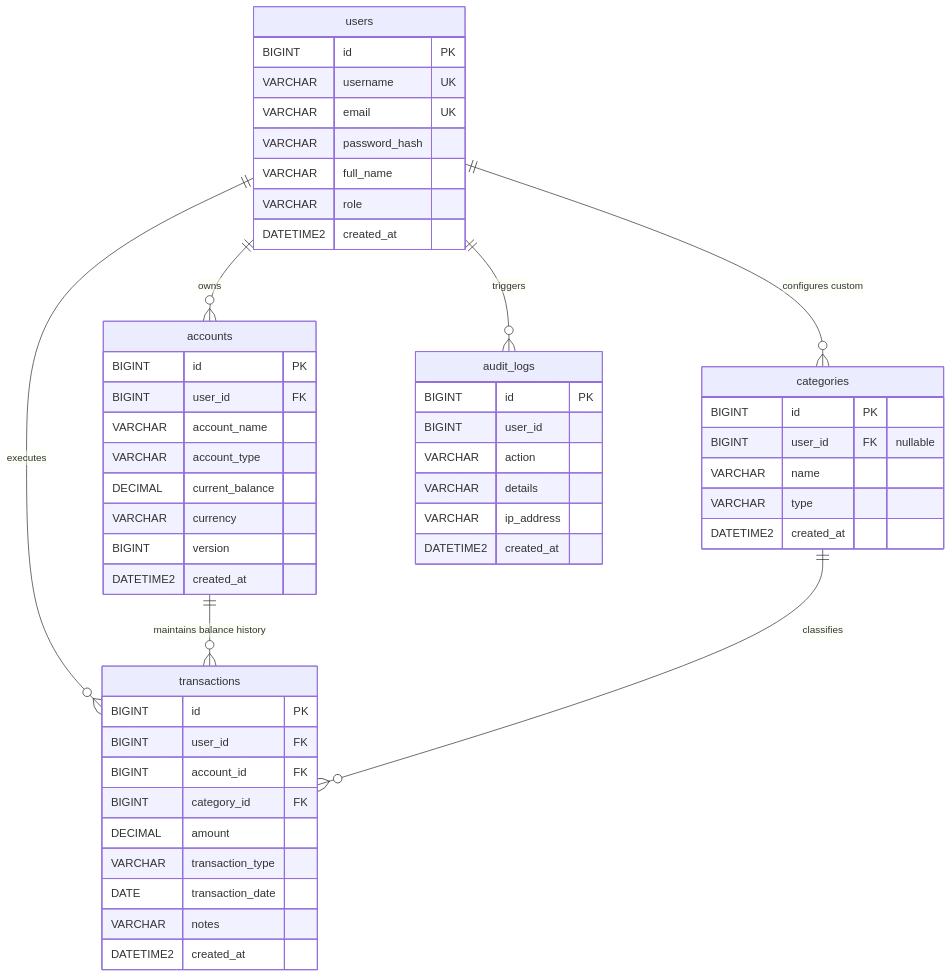
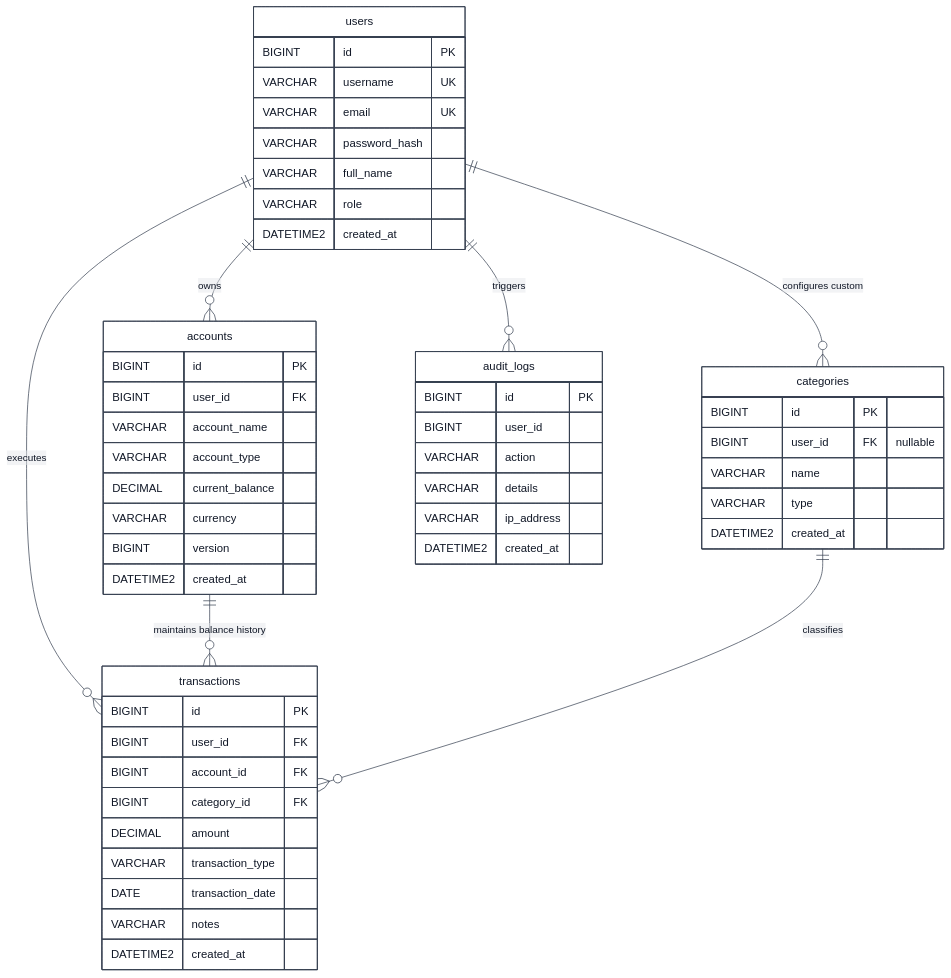
One commit to beingankur0073/Money-Manager changed the first of 7 diagrams in README.md. Above: the diagram before and after it, drawn with Mermaid. The commit also changed other lines of this file and 35 other files, not shown here.

````diff
--- a/README.md
+++ b/README.md
@@ -133,60 +133,61 @@
 ```mermaid
+%%{init: {"theme": "base", "themeVariables": {"primaryColor": "#ffffff", "primaryTextColor": "#111827", "primaryBorderColor": "#374151", "lineColor": "#374151", "secondaryColor": "#f3f4f6", "tertiaryColor": "#e5e7eb", "textColor": "#111827"}}}%%
 erDiagram
     users ||--o{ accounts : "owns"
     users ||--o{ categories : "configures custom"
     users ||--o{ transactions : "executes"
     users ||--o{ audit_logs : "triggers"
     
     accounts ||--o{ transactions : "maintains balance history"
     categories ||--o{ transactions : "classifies"
 
     users {
         BIGINT id PK
         VARCHAR username UK
         VARCHAR email UK
         VARCHAR password_hash
         VARCHAR full_name
         VARCHAR role
         DATETIME2 created_at
     }
 
     accounts {
         BIGINT id PK
         BIGINT user_id FK
         VARCHAR account_name
         VARCHAR account_type
         DECIMAL current_balance
         VARCHAR currency
         BIGINT version
         DATETIME2 created_at
     }
 
     categories {
         BIGINT id PK
         BIGINT user_id FK "nullable"
         VARCHAR name
         VARCHAR type
         DATETIME2 created_at
     }
 
     transactions {
         BIGINT id PK
         BIGINT user_id FK
         BIGINT account_id FK
         BIGINT category_id FK
         DECIMAL amount
         VARCHAR transaction_type
         DATE transaction_date
         VARCHAR notes
         DATETIME2 created_at
     }
 
     audit_logs {
         BIGINT id PK
         BIGINT user_id
         VARCHAR action
         VARCHAR details
         VARCHAR ip_address
         DATETIME2 created_at
     }
 ```
````
